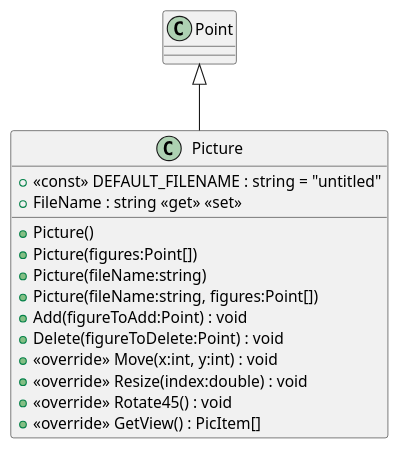
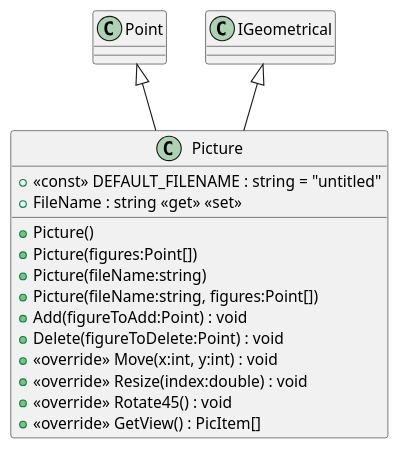
One commit to 19vano97/levelUpOOP changed the diagram in plantuml/20240701_HW_Inheritence/Picture.puml. Above: the diagram before and after it, drawn with PlantUML. The commit also changed 21 other files, not shown here.

```diff
--- a/plantuml/20240701_HW_Inheritence/Picture.puml
+++ b/plantuml/20240701_HW_Inheritence/Picture.puml
@@ -1,17 +1,18 @@
 @startuml
 class Picture {
     + <<const>> DEFAULT_FILENAME : string = "untitled"
     + Picture()
     + Picture(figures:Point[])
     + Picture(fileName:string)
     + Picture(fileName:string, figures:Point[])
     + FileName : string <<get>> <<set>>
     + Add(figureToAdd:Point) : void
     + Delete(figureToDelete:Point) : void
     + <<override>> Move(x:int, y:int) : void
     + <<override>> Resize(index:double) : void
     + <<override>> Rotate45() : void
     + <<override>> GetView() : PicItem[]
 }
 Point <|-- Picture
+IGeometrical <|-- Picture
 @enduml
```
